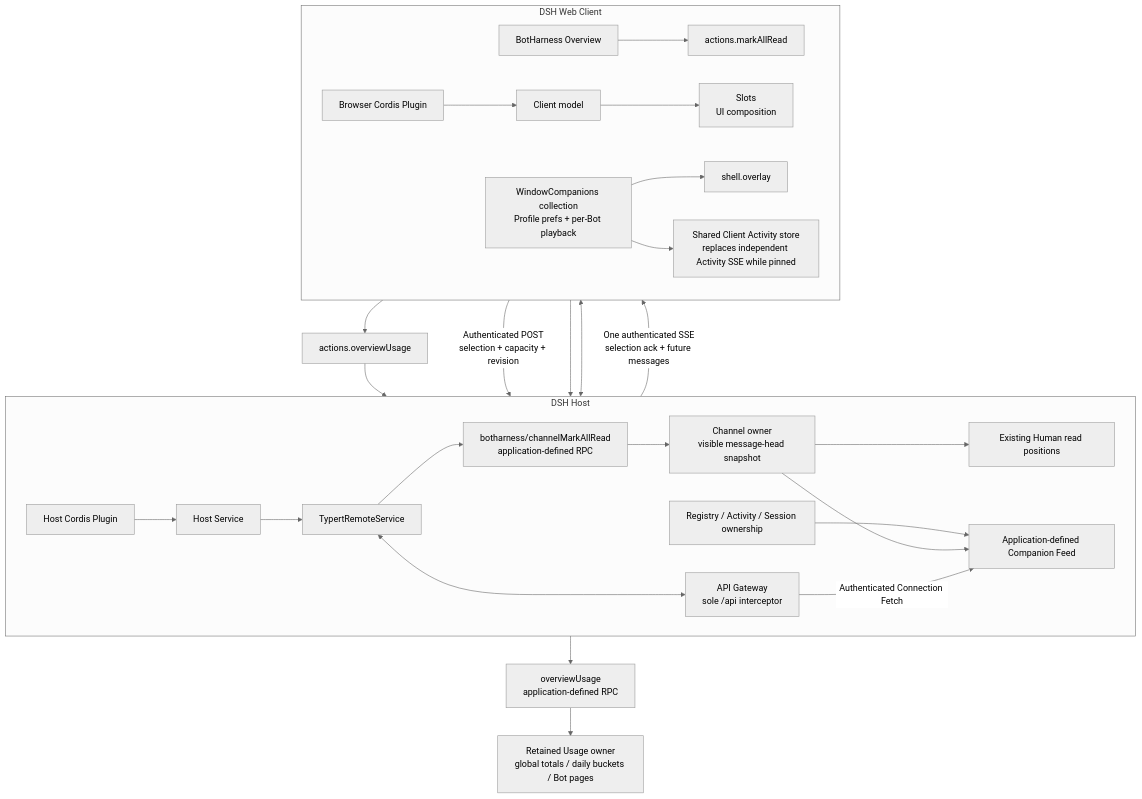
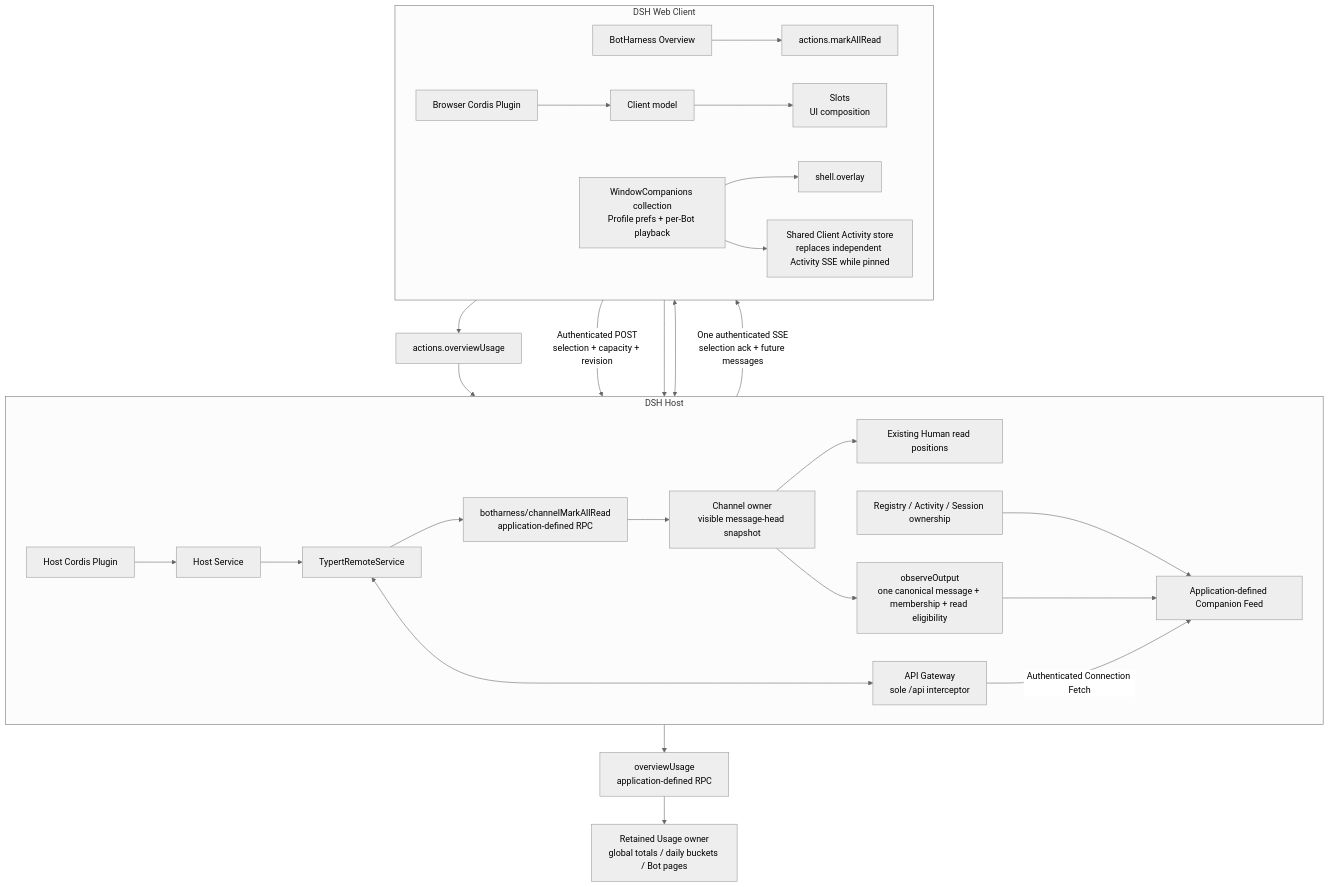
One commit to BotHarness/BotHarness changed the diagram in docs/architecture/diagrams/en/09-dsh-host-client.mmd. Above: the diagram before and after it, drawn with Mermaid (neutral theme). The commit also changed 23 other files, not shown here.

```diff
--- a/docs/architecture/diagrams/en/09-dsh-host-client.mmd
+++ b/docs/architecture/diagrams/en/09-dsh-host-client.mmd
@@ -1,29 +1,30 @@
 flowchart TB
   subgraph Host["DSH Host"]
     direction LR
     HostPlugin["Host Cordis Plugin"] --> Service["Host Service"]
     Service --> Remote["TypertRemoteService"]
     ReadRPC["botharness/channelMarkAllRead<br/>application-defined RPC"] --> Channels["Channel owner<br/>visible message-head snapshot"]
     Channels --> ReadPositions["Existing Human read positions"]
     Remote <--> Gateway["API Gateway<br/>sole /api interceptor"]
     Registry["Registry / Activity / Session ownership"] --> Feed["Application-defined Companion Feed"]
-    Channels --> Feed
+    Channels --> Observation["observeOutput<br/>one canonical message + membership + read eligibility"]
+    Observation --> Feed
   end
   subgraph Browser["DSH Web Client"]
     direction LR
     ClientPlugin["Browser Cordis Plugin"] --> Model["Client model"]
     Overview["BotHarness Overview"] --> ReadAction["actions.markAllRead"]
     Model --> Slots["Slots<br/>UI composition"]
     Companion["WindowCompanions collection<br/>Profile prefs + per-Bot playback"] --> Overlay["shell.overlay"]
     Companion --> Activity["Shared Client Activity store<br/>replaces independent Activity SSE while pinned"]
   end
   Gateway <--> Model
   Gateway -->|"Authenticated Connection Fetch"| Feed
   Feed -->|"One authenticated SSE<br/>selection ack + future messages"| Companion
   Companion -->|"Authenticated POST<br/>selection + capacity + revision"| Feed
   ReadAction --> Gateway
   Remote --> ReadRPC
   Overview --> UsageAction["actions.overviewUsage"]
   UsageAction --> Gateway
   Remote --> UsageRPC["overviewUsage<br/>application-defined RPC"]
   UsageRPC --> UsageOwner["Retained Usage owner<br/>global totals / daily buckets / Bot pages"]
```
